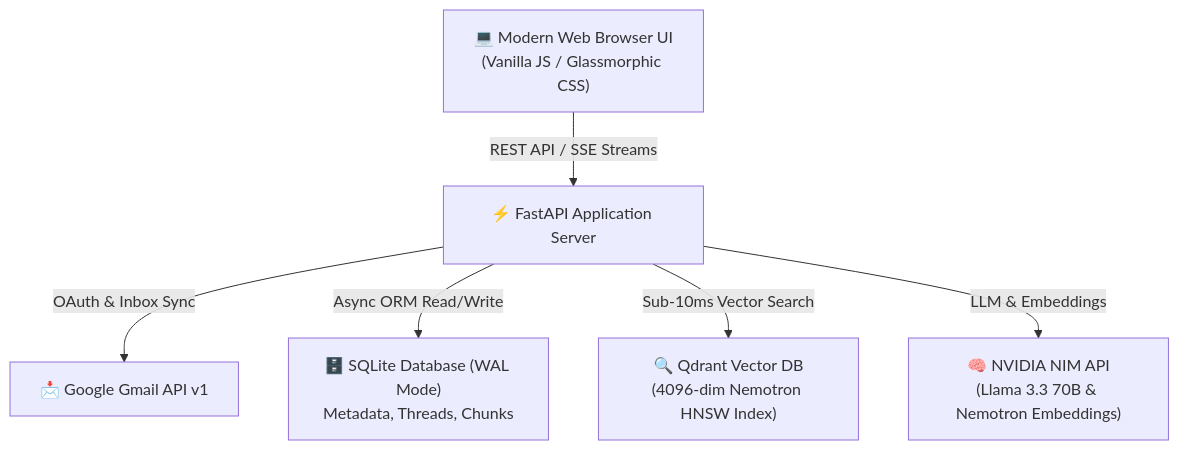
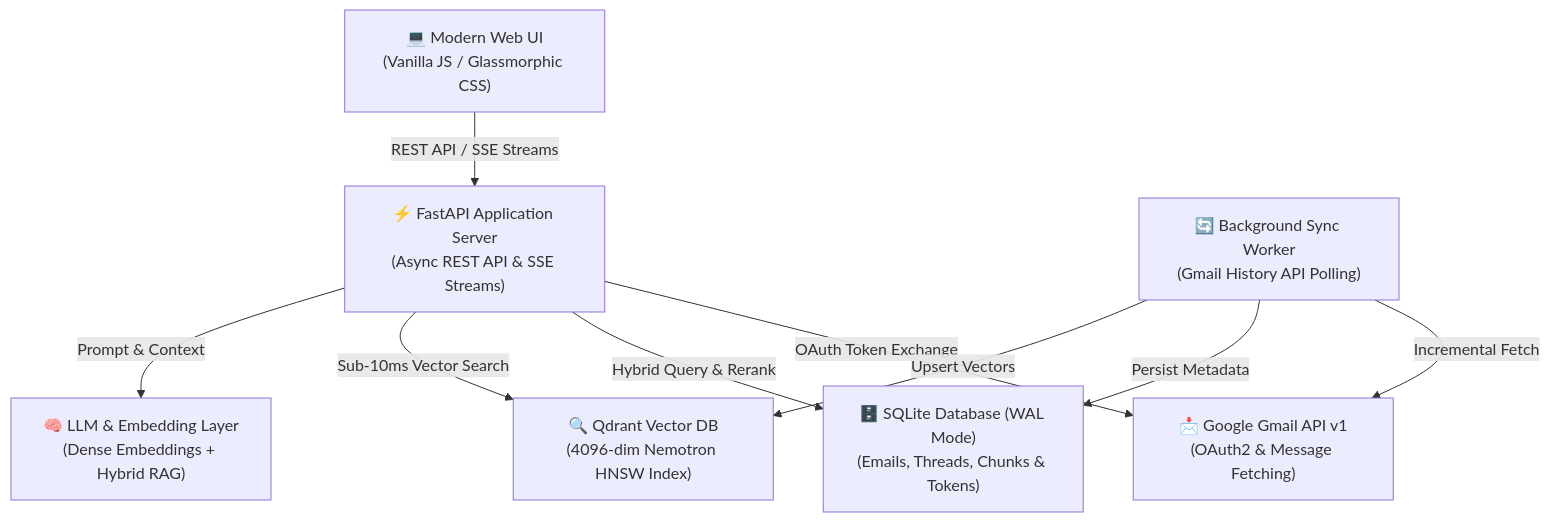
The first of 2 diagrams in README.md (Akshit8459/SmartMailAI), drawn with Mermaid before and after one commit. The commit also changed other lines of this file and 1 other file, not shown here.

````diff
--- a/README.md
+++ b/README.md
@@ -14,15 +71,19 @@
 ```mermaid
 graph TD
-    Client["💻 Modern Web Browser UI<br>(Vanilla JS / Glassmorphic CSS)"]
-    FastAPI["⚡ FastAPI Application Server"]
-    Gmail["📩 Google Gmail API v1"]
-    SQLite["🗄️ SQLite Database (WAL Mode)<br>Metadata, Threads, Chunks"]
+    Client["💻 Modern Web UI<br>(Vanilla JS / Glassmorphic CSS)"]
+    FastAPI["⚡ FastAPI Application Server<br>(Async REST API & SSE Streams)"]
+    Worker["🔄 Background Sync Worker<br>(Gmail History API Polling)"]
+    Gmail["📩 Google Gmail API v1<br>(OAuth2 & Message Fetching)"]
+    SQLite["🗄️ SQLite Database (WAL Mode)<br>(Emails, Threads, Chunks & Tokens)"]
     Qdrant["🔍 Qdrant Vector DB<br>(4096-dim Nemotron HNSW Index)"]
-    NVIDIA["🧠 NVIDIA NIM API<br>(Llama 3.3 70B & Nemotron Embeddings)"]
+    AI["🧠 LLM & Embedding Layer<br>(Dense Embeddings + Hybrid RAG)"]
 
     Client -->|REST API / SSE Streams| FastAPI
-    FastAPI -->|OAuth & Inbox Sync| Gmail
-    FastAPI -->|Async ORM Read/Write| SQLite
+    FastAPI -->|OAuth Token Exchange| Gmail
+    Worker -->|Incremental Fetch| Gmail
+    Worker -->|Persist Metadata| SQLite
+    Worker -->|Upsert Vectors| Qdrant
+    FastAPI -->|Hybrid Query & Rerank| SQLite
     FastAPI -->|Sub-10ms Vector Search| Qdrant
-    FastAPI -->|LLM & Embeddings| NVIDIA
+    FastAPI -->|Prompt & Context| AI
 ```
````
